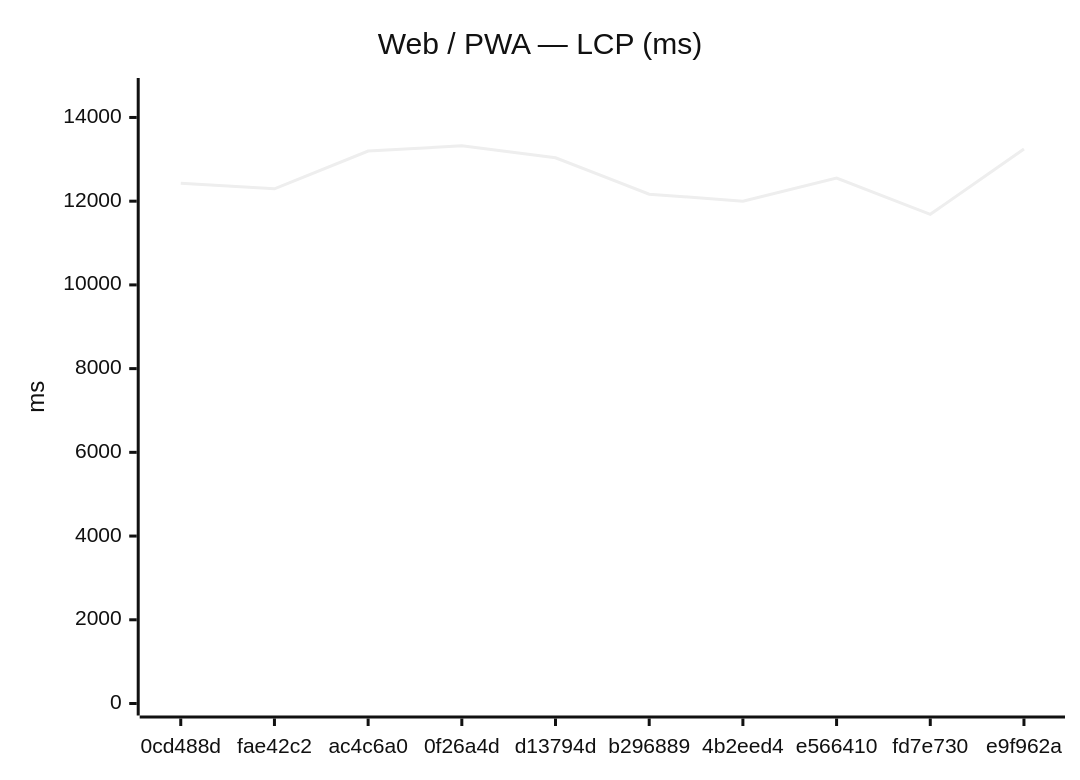
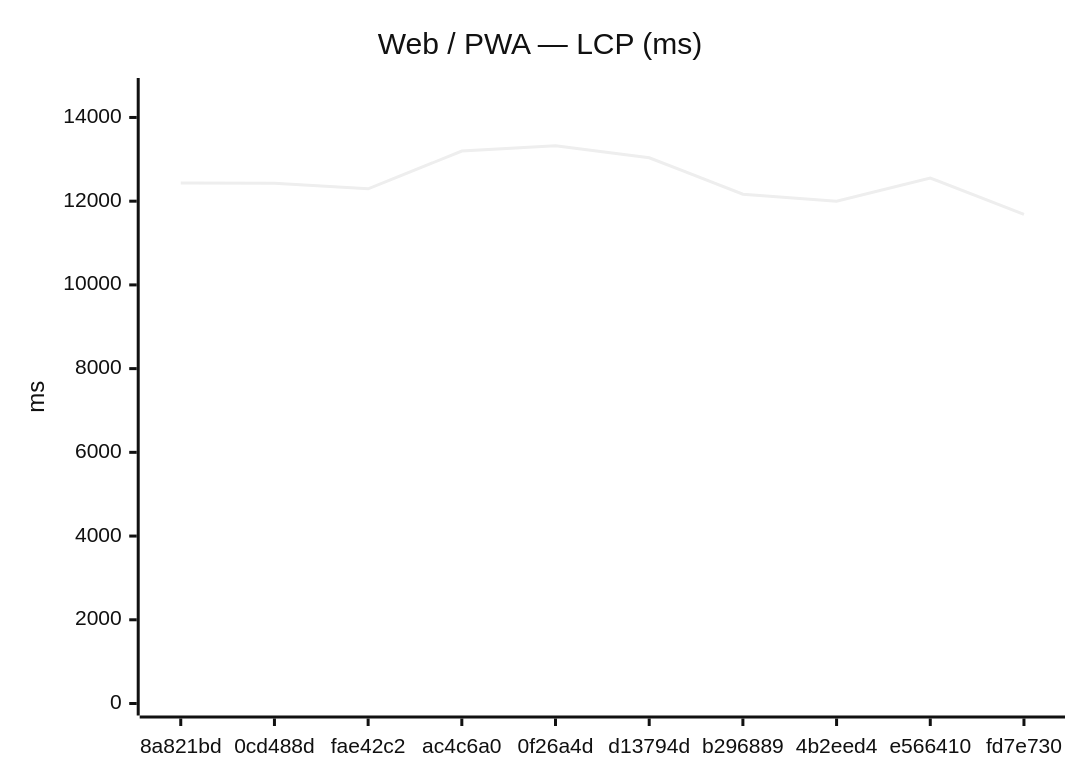
Before and after one commit to Metaheurist/Rianell: the first of 18 diagrams in benchmarks/compare.md, drawn with Mermaid (neutral theme). The commit also changed other lines of this file and 11 other files, not shown here.

````diff
--- a/benchmarks/compare.md
+++ b/benchmarks/compare.md
@@ -24,7 +24,7 @@
 ```mermaid
 xychart-beta
     title "Web / PWA — LCP (ms)"
-    x-axis ["0cd488d", "fae42c2", "ac4c6a0", "0f26a4d", "d13794d", "b296889", "4b2eed4", "e566410", "fd7e730", "e9f962a"]
+    x-axis ["8a821bd", "0cd488d", "fae42c2", "ac4c6a0", "0f26a4d", "d13794d", "b296889", "4b2eed4", "e566410", "fd7e730"]
     y-axis "ms" 0 --> 14656
-    line [12430, 12295, 13197, 13323, 13038, 12168, 11999, 12553, 11687, 13245]
+    line [12437, 12430, 12295, 13197, 13323, 13038, 12168, 11999, 12553, 11687]
 ```
````
